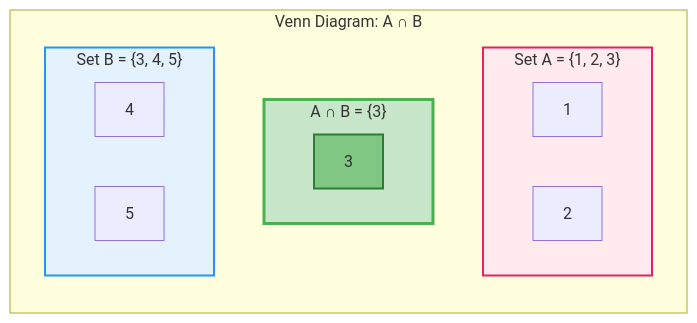
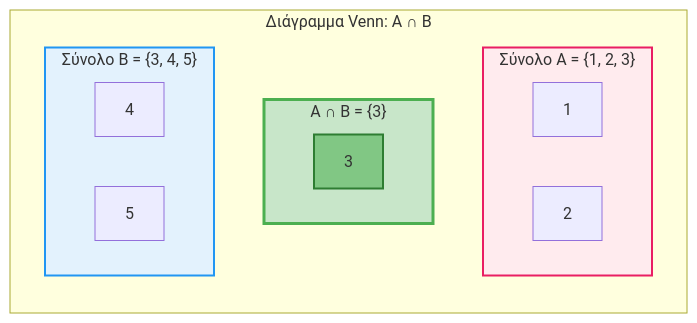
Before and after one commit to PanagopoulosNikolaos/DitOpenNotes: the second of 6 diagrams in Year_1/Semester_2/DISCRETE_MATHEMATICS/Resources/Notes/2_Operations & Venn Diagrams.md, drawn with Mermaid. The commit also changed other lines of this file and 8 other files, not shown here.

````diff
--- a/Year_1/Semester_2/DISCRETE_MATHEMATICS/Resources/Notes/2_Operations & Venn Diagrams.md
+++ b/Year_1/Semester_2/DISCRETE_MATHEMATICS/Resources/Notes/2_Operations & Venn Diagrams.md
@@ -47,24 +47,24 @@
 ```mermaid
 graph LR
-    subgraph Venn ["Venn Diagram: A ∩ B"]
-        subgraph SetA ["Set A = {1, 2, 3}"]
+    subgraph Venn ["Διάγραμμα Venn: A ∩ B"]
+        subgraph SetA ["Σύνολο A = {1, 2, 3}"]
             a1[1]
             a2[2]
         end
         
         subgraph Overlap ["A ∩ B = {3}"]
             common[3]
         end
         
-        subgraph SetB ["Set B = {3, 4, 5}"]
+        subgraph SetB ["Σύνολο B = {3, 4, 5}"]
             b4[4]
             b5[5]
         end
     end
     
     style SetA fill:#ffebee,stroke:#e91e63,stroke-width:2px
     style SetB fill:#e3f2fd,stroke:#2196f3,stroke-width:2px
     style Overlap fill:#c8e6c9,stroke:#4caf50,stroke-width:3px
     style common fill:#81c784,stroke:#2e7d32,stroke-width:2px
 
 ```
````
